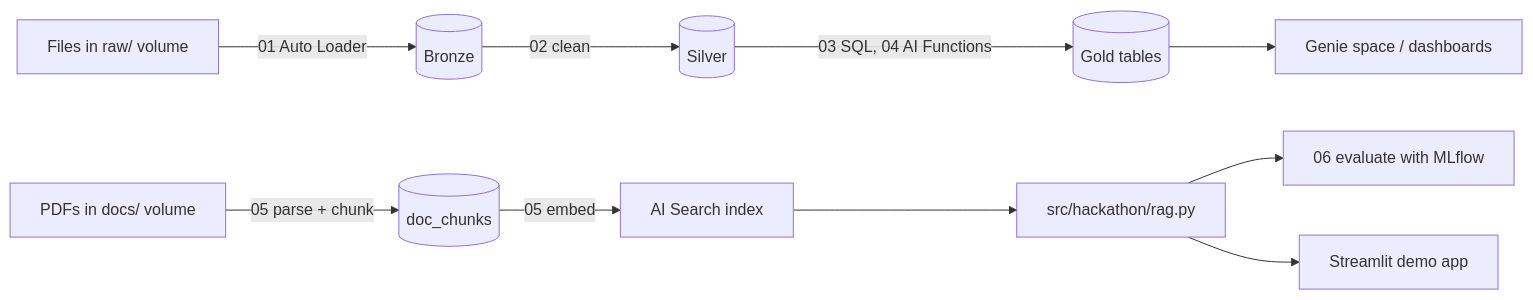
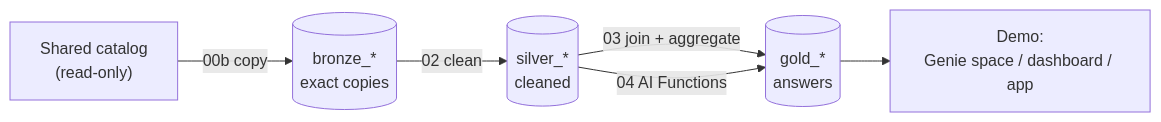
The diagram in README.md (Aryushix/databricks-fall2026-hackathon), drawn with Mermaid before and after one commit. The commit also changed other lines of this file and 10 other files, not shown here.

````diff
--- a/README.md
+++ b/README.md
@@ -11,12 +36,8 @@
 ```mermaid
 flowchart LR
-  A[Files in raw/ volume] -->|01 Auto Loader| B[(Bronze)]
-  B -->|02 clean| C[(Silver)]
-  C -->|03 SQL, 04 AI Functions| D[(Gold tables)]
-  E[PDFs in docs/ volume] -->|05 parse + chunk| F[(doc_chunks)]
-  F -->|05 embed| G[AI Search index]
-  G --> H[src/hackathon/rag.py]
-  H --> I[06 evaluate with MLflow]
-  H --> J[Streamlit demo app]
-  D --> K[Genie space / dashboards]
+  S["Shared catalog<br/>(read-only)"] -->|00b copy| B[("bronze_*<br/>exact copies")]
+  B -->|02 clean| SV[("silver_*<br/>cleaned")]
+  SV -->|03 join + aggregate| G[("gold_*<br/>answers")]
+  SV -->|04 AI Functions| G
+  G --> D["Demo:<br/>Genie space / dashboard / app"]
 ```
````
